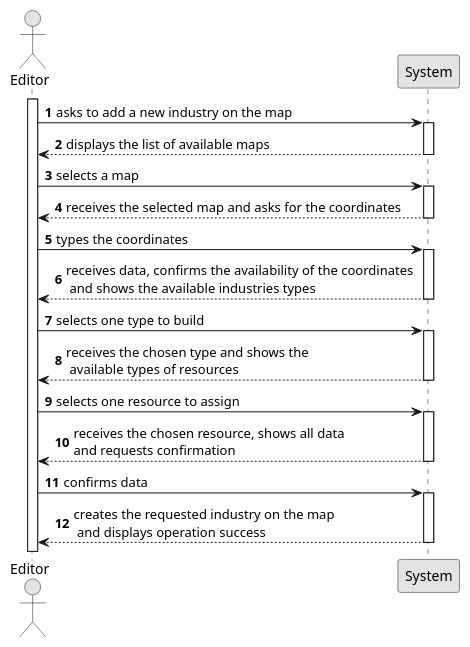
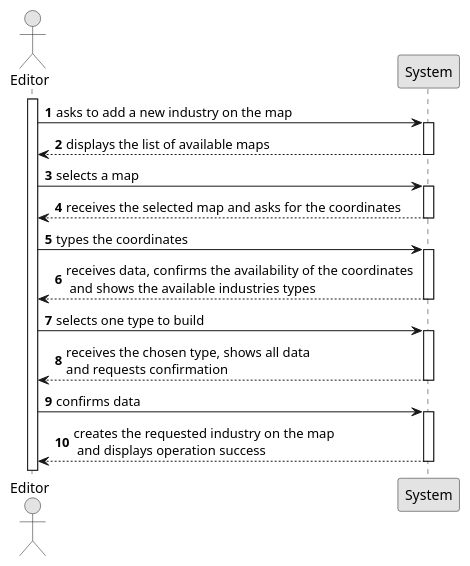
The diagram in Sprint2/US002/01.requirements-engineering/puml/US002-SSD.puml (1240935/pi2-railway-simulator), drawn with PlantUML before and after one commit. The commit also changed 20 other files, not shown here.

```diff
--- a/Sprint2/US002/01.requirements-engineering/puml/US002-SSD.puml
+++ b/Sprint2/US002/01.requirements-engineering/puml/US002-SSD.puml
@@ -1,48 +1,42 @@
 @startuml
 skinparam monochrome true
 skinparam packageStyle rectangle
 skinparam shadowing false
 
 autonumber
 
 actor "Editor" as Employee
 participant "System" as System
 
 activate Employee
 
     Employee -> System : asks to add a new industry on the map
     activate System
 
         System --> Employee : displays the list of available maps
     deactivate System
 
     Employee -> System : selects a map
     activate System
 
         System --> Employee : receives the selected map and asks for the coordinates
     deactivate System
 
     Employee -> System : types the coordinates
     activate System
 
         System --> Employee : receives data, confirms the availability of the coordinates \n and shows the available industries types
     deactivate System
 
     Employee -> System :selects one type to build
     activate System
 
-        System --> Employee : receives the chosen type and shows the \n available types of resources
-    deactivate System
-
-    Employee  -> System : selects one resource to assign
-    activate System
-
-    System --> Employee : receives the chosen resource, shows all data \nand requests confirmation
+        System --> Employee : receives the chosen type, shows all data \nand requests confirmation
     deactivate System
 
     Employee -> System : confirms data
     activate System
 
         System --> Employee : creates the requested industry on the map \n and displays operation success
     deactivate System
 @enduml
```
